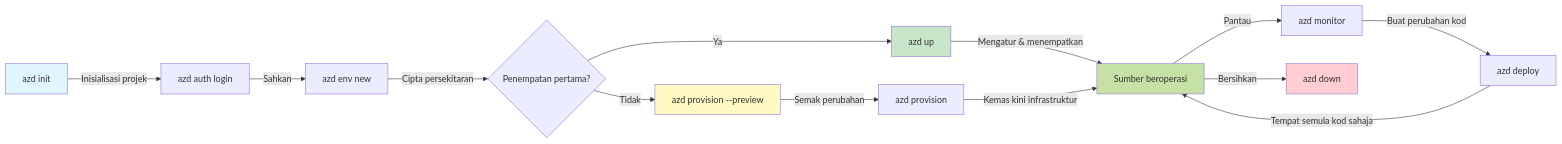
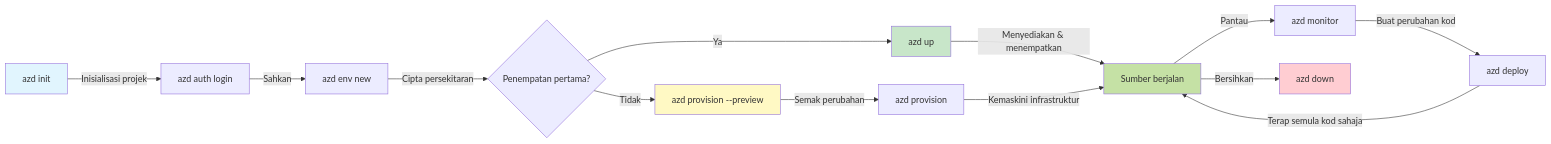
The first of 2 diagrams in translations/ms/docs/chapter-01-foundation/azd-basics.md (microsoft/AZD-for-beginners), drawn with Mermaid before and after one commit. The commit also changed other lines of this file and 104 other files, not shown here.

````diff
--- a/translations/ms/docs/chapter-01-foundation/azd-basics.md
+++ b/translations/ms/docs/chapter-01-foundation/azd-basics.md
@@ -269,21 +269,21 @@
 ```mermaid
 graph LR
     A[azd init] -->|Inisialisasi projek| B[azd auth login]
     B -->|Sahkan| C[azd env new]
     C -->|Cipta persekitaran| D{Penempatan pertama?}
     D -->|Ya| E[azd up]
     D -->|Tidak| F[azd provision --preview]
     F -->|Semak perubahan| G[azd provision]
-    E -->|Mengatur & menempatkan| H[Sumber beroperasi]
-    G -->|Kemas kini infrastruktur| H
+    E -->|Menyediakan & menempatkan| H[Sumber berjalan]
+    G -->|Kemaskini infrastruktur| H
     H -->|Pantau| I[azd monitor]
     I -->|Buat perubahan kod| J[azd deploy]
-    J -->|Tempat semula kod sahaja| H
+    J -->|Terap semula kod sahaja| H
     H -->|Bersihkan| K[azd down]
     
     style A fill:#e1f5fe
     style E fill:#c8e6c9
     style F fill:#fff9c4
     style H fill:#c5e1a5
     style K fill:#ffcdd2
 ```
````
